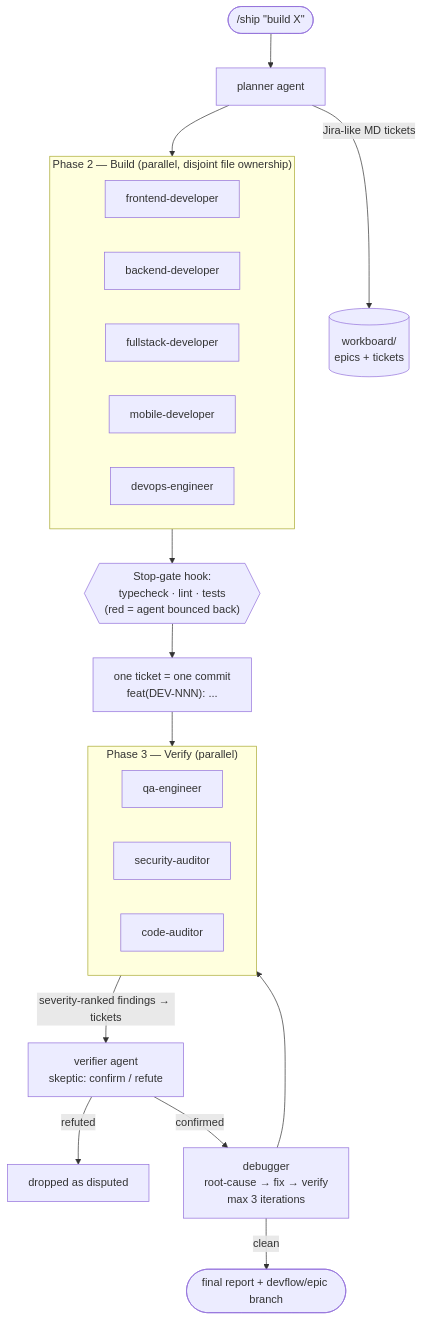
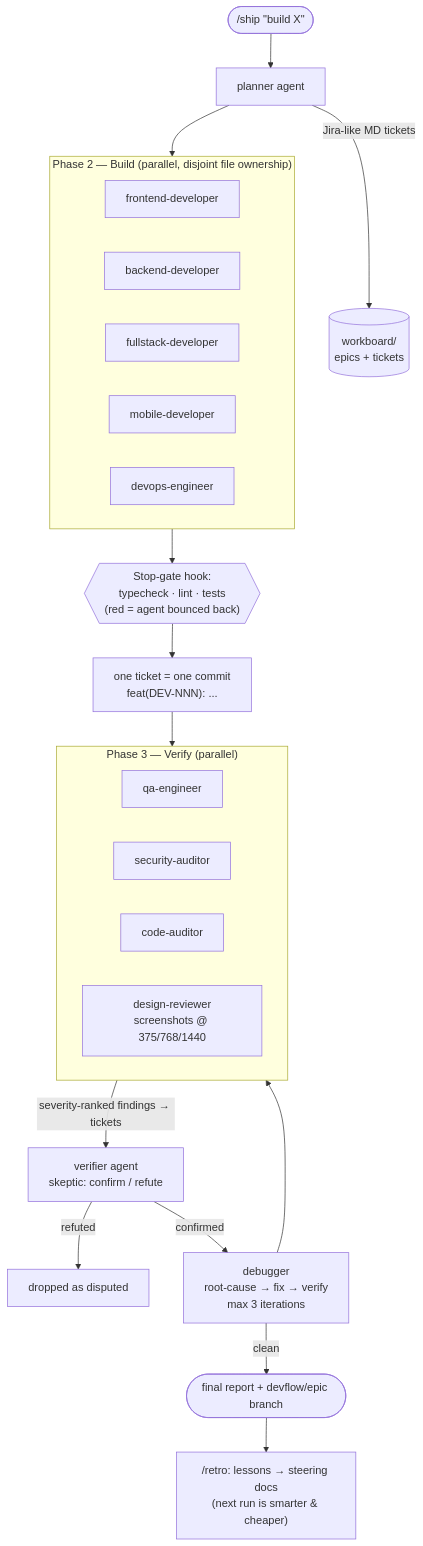
One commit to ljojua1998/skills changed the diagram in README.md. Above: the diagram before and after it, drawn with Mermaid. The commit also changed other lines of this file and 5 other files, not shown here.

First line of the commit message:
feat: discovery interview, design-reviewer, /retro, PR+docs finish, /devflow-update

````diff
--- a/README.md
+++ b/README.md
@@ -15,30 +15,32 @@
 ```mermaid
 flowchart TD
     REQ(["/ship &quot;build X&quot;"]) --> PLAN[planner agent]
     PLAN -- "Jira-like MD tickets" --> WB[("workboard/<br/>epics + tickets")]
     PLAN --> BUILD
 
     subgraph BUILD ["Phase 2 — Build (parallel, disjoint file ownership)"]
         FE[frontend-developer]
         BE[backend-developer]
         FS[fullstack-developer]
         MOB[mobile-developer]
         OPS[devops-engineer]
     end
 
     BUILD --> GATE{{"Stop-gate hook:<br/>typecheck · lint · tests<br/>(red = agent bounced back)"}}
     GATE --> COMMIT["one ticket = one commit<br/>feat(DEV-NNN): ..."]
 
     COMMIT --> VERIFY
     subgraph VERIFY ["Phase 3 — Verify (parallel)"]
         QA[qa-engineer]
         SEC[security-auditor]
         AUD[code-auditor]
+        DES[design-reviewer<br/>screenshots @ 375/768/1440]
     end
 
     VERIFY -- "severity-ranked findings → tickets" --> SKEP[verifier agent<br/>skeptic: confirm / refute]
     SKEP -- refuted --> DROP[dropped as disputed]
     SKEP -- confirmed --> DBG[debugger<br/>root-cause → fix → verify<br/>max 3 iterations]
     DBG --> VERIFY
     DBG -- clean --> DONE([final report + devflow/epic branch])
+    DONE --> RETRO["/retro: lessons → steering docs<br/>(next run is smarter & cheaper)"]
 ```
````
